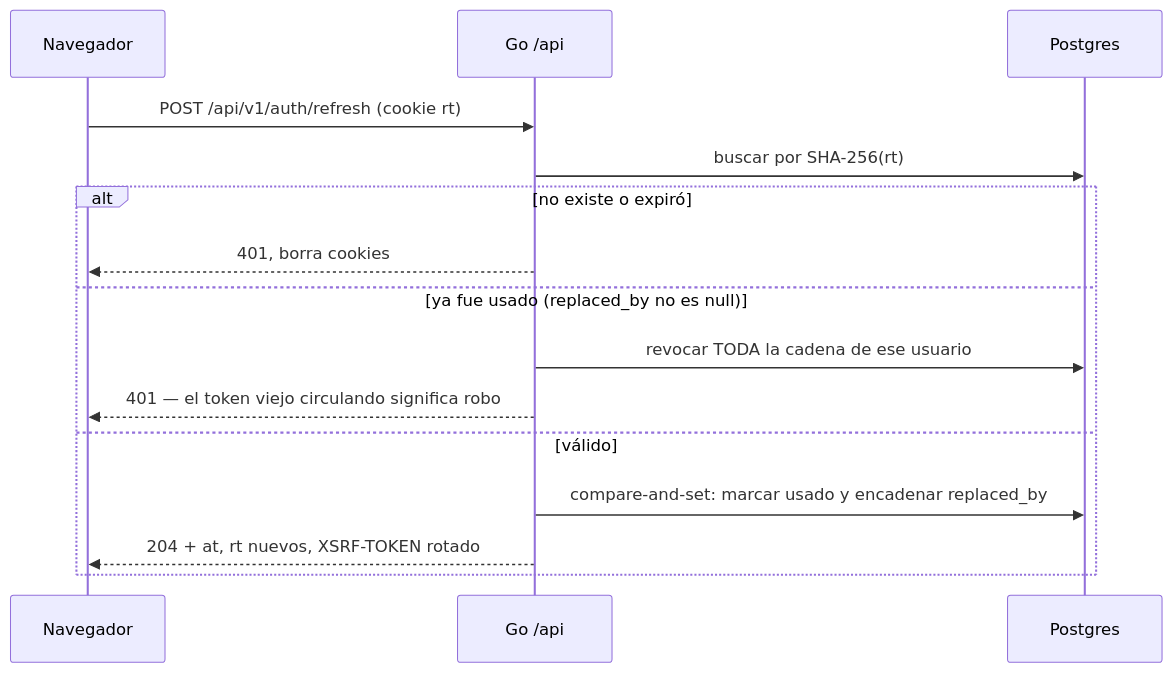
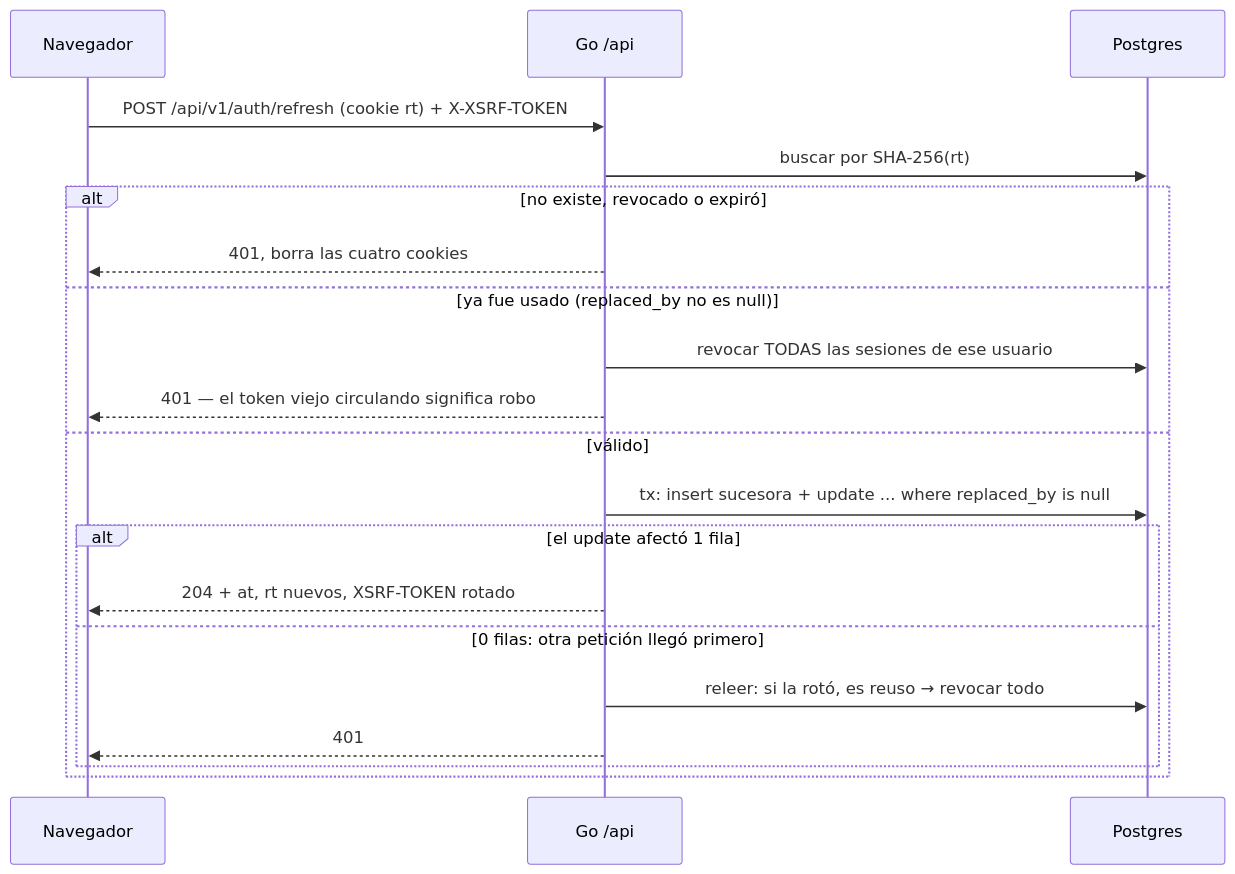
The second of 5 diagrams in docs/06-flujos.md (ElYares/go-starter), drawn with Mermaid before and after one commit. The commit also changed other lines of this file and 2 other files, not shown here.

````diff
--- a/docs/06-flujos.md
+++ b/docs/06-flujos.md
@@ -46,18 +46,23 @@
 ```mermaid
 sequenceDiagram
     participant N as Navegador
     participant G as Go /api
     participant D as Postgres
 
-    N->>G: POST /api/v1/auth/refresh (cookie rt)
+    N->>G: POST /api/v1/auth/refresh (cookie rt) + X-XSRF-TOKEN
     G->>D: buscar por SHA-256(rt)
-    alt no existe o expiró
-        G-->>N: 401, borra cookies
+    alt no existe, revocado o expiró
+        G-->>N: 401, borra las cuatro cookies
     else ya fue usado (replaced_by no es null)
-        G->>D: revocar TODA la cadena de ese usuario
+        G->>D: revocar TODAS las sesiones de ese usuario
         G-->>N: 401 — el token viejo circulando significa robo
     else válido
-        G->>D: compare-and-set: marcar usado y encadenar replaced_by
-        G-->>N: 204 + at, rt nuevos, XSRF-TOKEN rotado
+        G->>D: tx: insert sucesora + update ... where replaced_by is null
+        alt el update afectó 1 fila
+            G-->>N: 204 + at, rt nuevos, XSRF-TOKEN rotado
+        else 0 filas: otra petición llegó primero
+            G->>D: releer: si la rotó, es reuso → revocar todo
+            G-->>N: 401
+        end
     end
 ```
````
